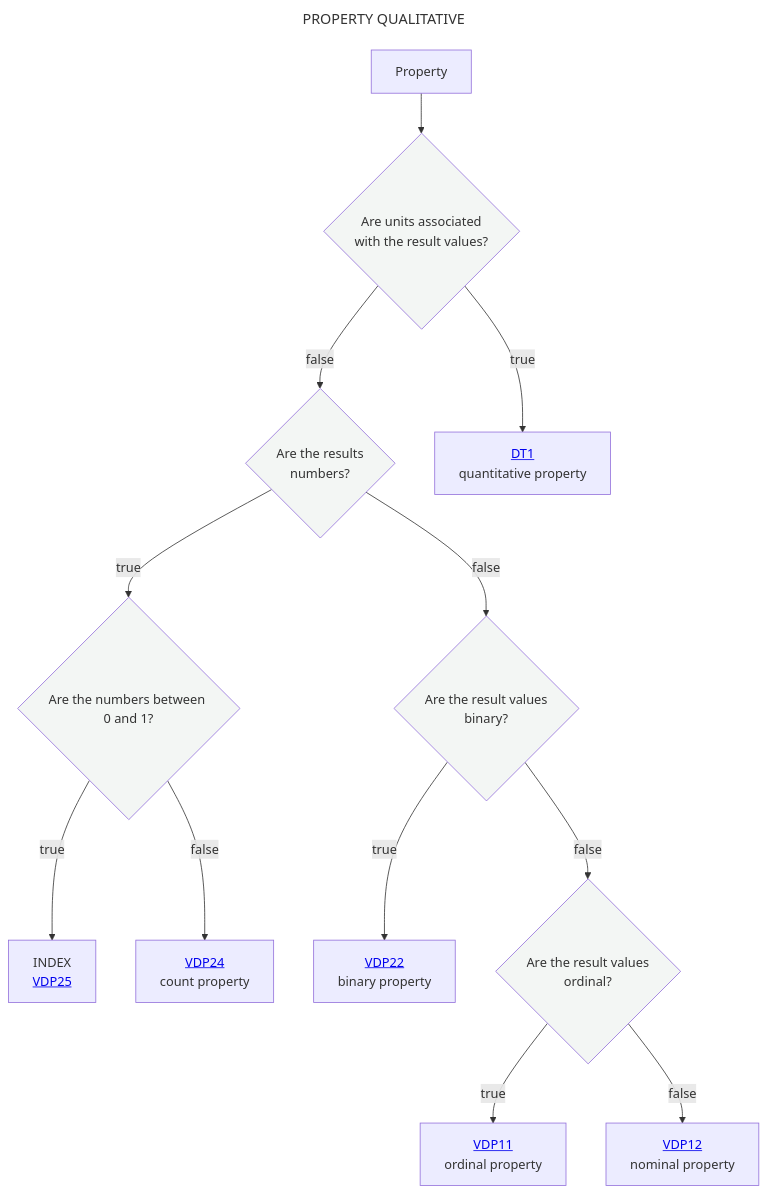
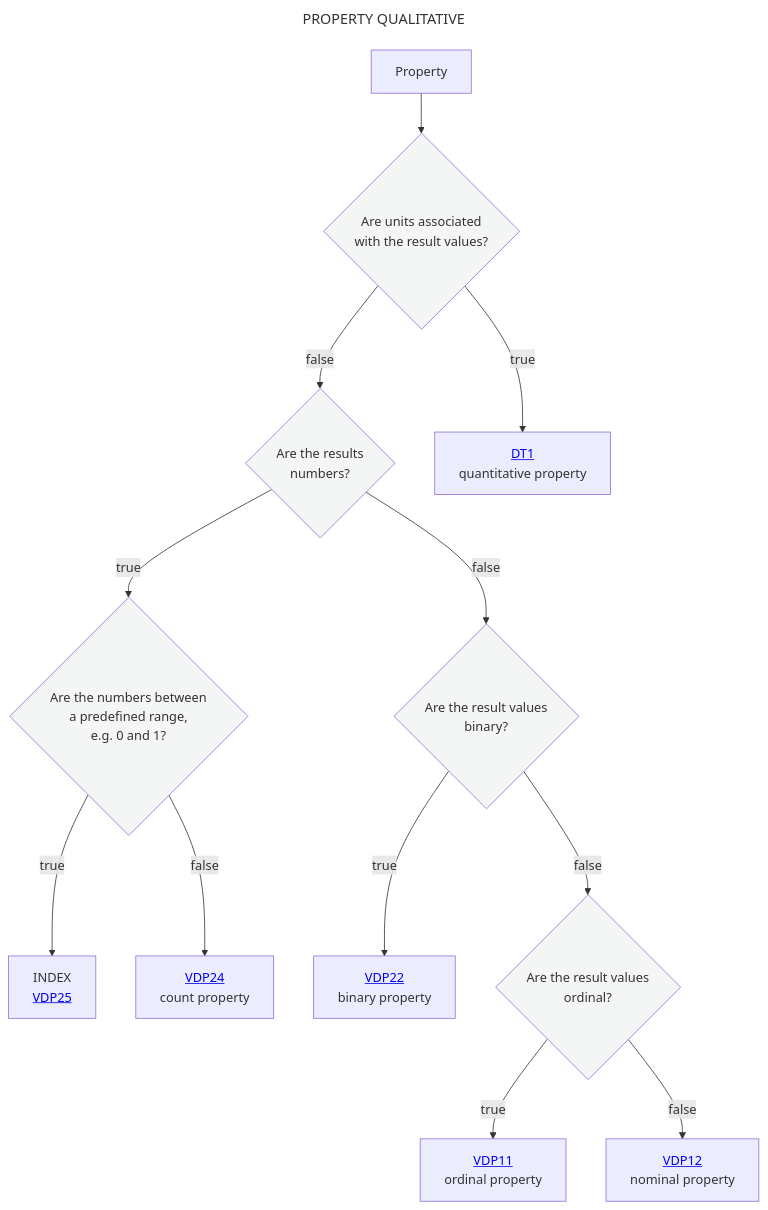
Before and after one commit to mabablue/I-ADOPT-patterns-playground: the diagram in Decisition_trees/DT0.mmd, drawn with Mermaid.

```diff
--- a/Decisition_trees/DT0.mmd
+++ b/Decisition_trees/DT0.mmd
@@ -1,19 +1,19 @@
 ---
 title: PROPERTY QUALITATIVE
 ---
 flowchart TD
     A[Property] --> B{Are units associated <br> with the result values?}:::white
     B --> |false|C{Are the results <br> numbers?}:::white
     B --> |true|D[<a href='https://github.com/mabablue/I-ADOPT-patterns-playground/blob/main/Decisition_trees/DT1.mmd'>DT1</a><br> quantitative property] 
     C --> |false|E{Are the result values <br> binary?}:::white
-    C --> |true|H{Are the numbers between 0 and 1?}:::white
+    C --> |true|H{Are the numbers between <br>a predefined range, <br> e.g. 0 and 1?}:::white
     H --> |true|HI[INDEX <br> <a href='https://github.com/mabablue/I-ADOPT-patterns-playground/blob/main/pattern/VDP25.yaml'>VDP25</a>]
     H --> |false|HK[<a href='https://github.com/mabablue/I-ADOPT-patterns-playground/blob/main/pattern/VDP24.yaml'>VDP24</a><br> count property] 
     E --> |true|F[<a href='https://github.com/mabablue/I-ADOPT-patterns-playground/blob/main/pattern/VDP22.yaml'>VDP22</a><br> binary property] 
     E --> |false|I{Are the result values <br> ordinal?}:::white
     I --> |true|J[<a href='https://github.com/mabablue/I-ADOPT-patterns-playground/blob/main/pattern/VDP11.yaml'>VDP11</a><br> ordinal property] 
     I --> |false|K[<a href='https://github.com/mabablue/I-ADOPT-patterns-playground/blob/main/pattern/VDP12.yaml'>VDP12</a><br> nominal property] 
    classDef blue fill:#90D5FF
    classDef satblue fill:#57B9FF 
    classDef white fill:#f3f6f4
    classDef green fill:#6aa84f
```
